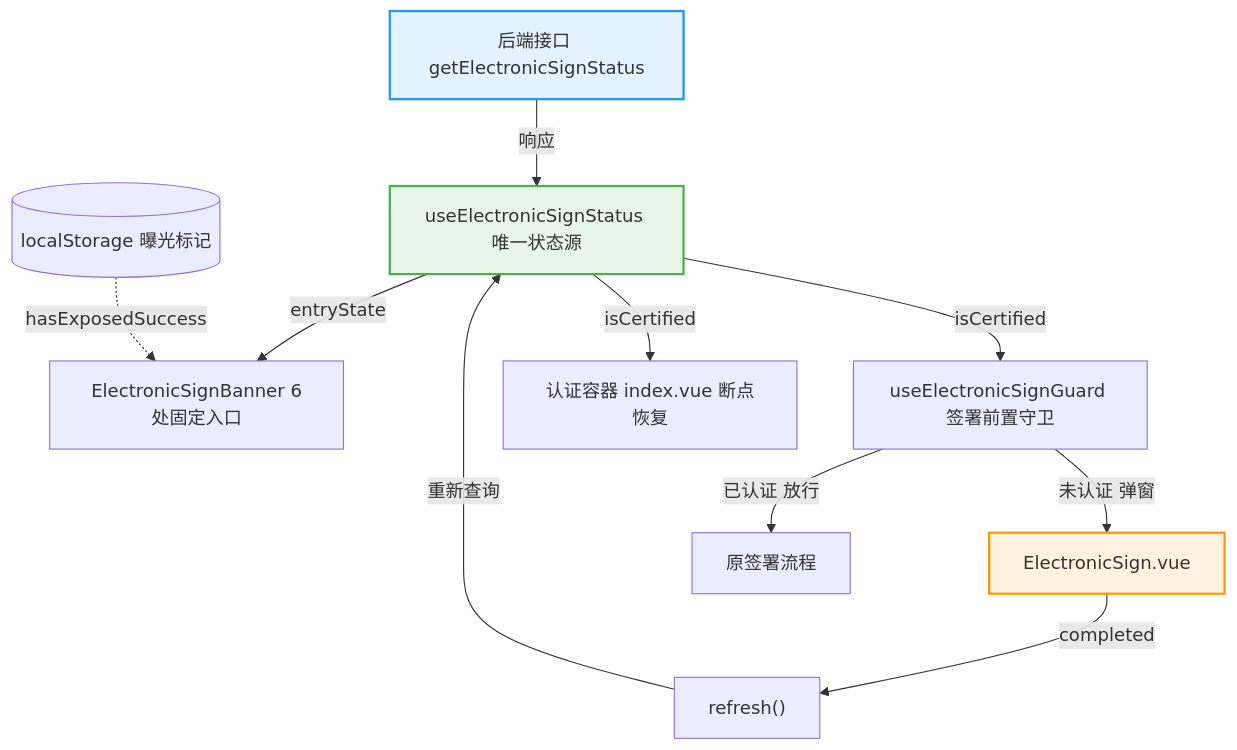
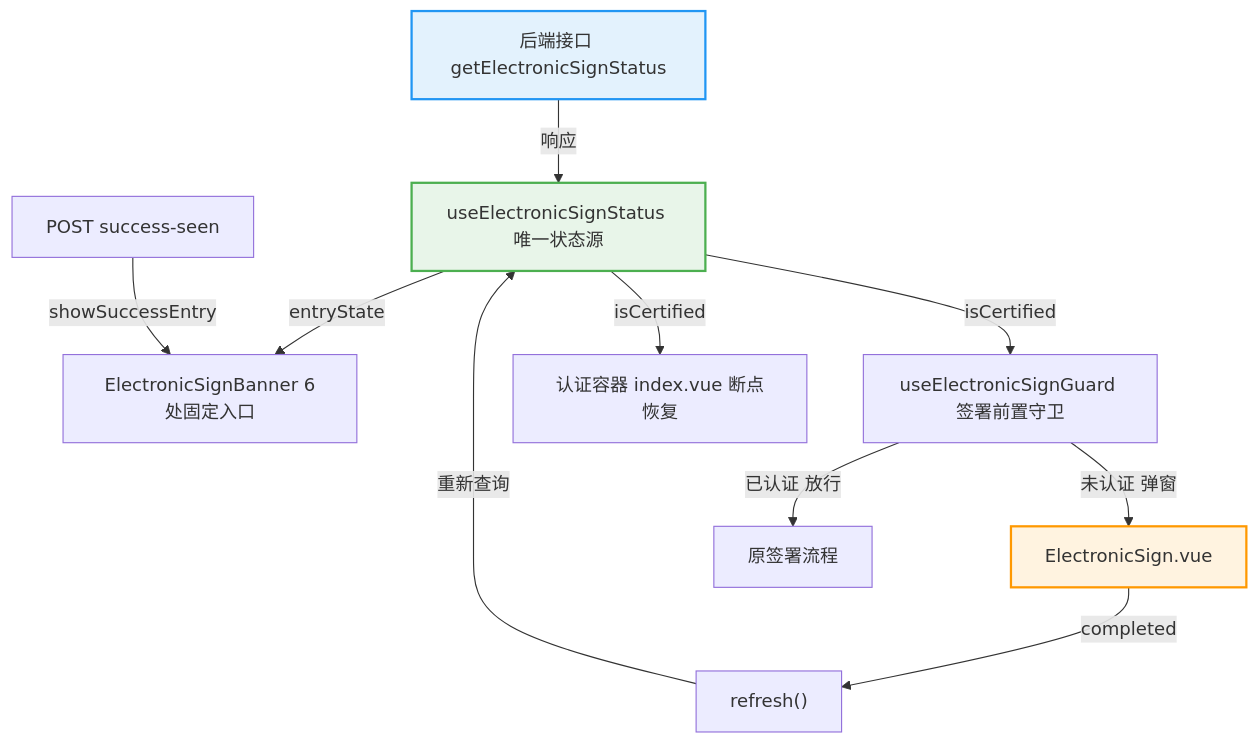
The third of 3 diagrams in 需求/进行中/REQ-195/阶段2-技术方案-REQ-195.md (yugong8898/.md), drawn with Mermaid before and after one commit. The commit also changed other lines of this file and 3 other files, not shown here.

````diff
--- a/需求/进行中/REQ-195/阶段2-技术方案-REQ-195.md
+++ b/需求/进行中/REQ-195/阶段2-技术方案-REQ-195.md
@@ -102,20 +102,20 @@
 ```mermaid
 flowchart TD
     BACKEND["后端接口 getElectronicSignStatus"] -->|响应| STATUS["useElectronicSignStatus 唯一状态源"]
 
     STATUS -->|entryState| BANNER["ElectronicSignBanner 6处固定入口"]
     STATUS -->|isCertified| GUARD["useElectronicSignGuard 签署前置守卫"]
     STATUS -->|isCertified| CERT_CONTAINER["认证容器 index.vue 断点恢复"]
 
     GUARD -->|未认证 弹窗| ESIGN["ElectronicSign.vue"]
     GUARD -->|已认证 放行| SIGN_FLOW["原签署流程"]
 
     ESIGN -->|completed| REFRESH["refresh()"]
     REFRESH -->|重新查询| STATUS
 
-    LOCALSTORAGE[("localStorage 曝光标记")] -.->|hasExposedSuccess| BANNER
+    SUCCESS_SEEN["POST success-seen"] -->|showSuccessEntry| BANNER
 
     style STATUS fill:#e8f5e9,stroke:#4caf50,stroke-width:2px
     style ESIGN fill:#fff3e0,stroke:#ff9800,stroke-width:2px
     style BACKEND fill:#e3f2fd,stroke:#2196f3,stroke-width:2px
 ```
````
